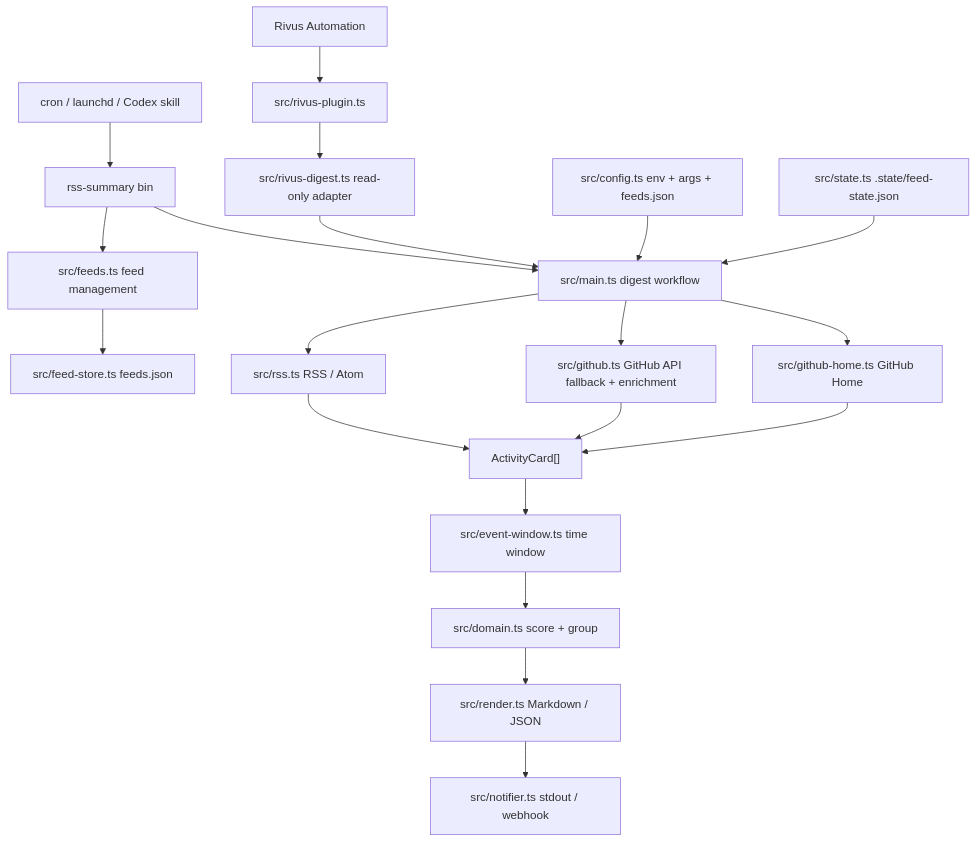
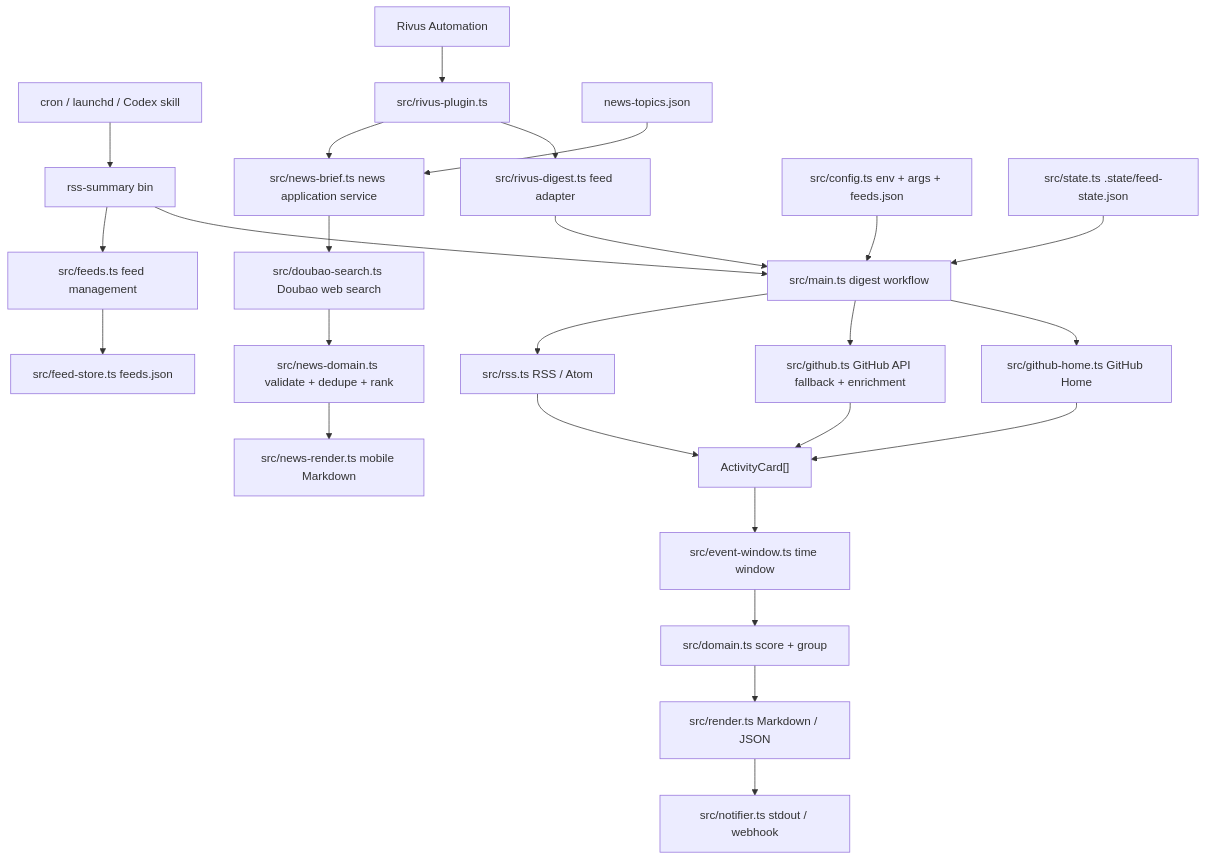
Before and after one commit to PerfectPan/rss-summary: the diagram in docs/architecture.md, drawn with Mermaid. The commit also changed other lines of this file and 23 other files, not shown here.

First line of the commit message:
feat: add scheduled Doubao news briefs

````diff
--- a/docs/architecture.md
+++ b/docs/architecture.md
@@ -9,26 +9,32 @@
 ```mermaid
 flowchart TD
   Trigger["cron / launchd / Codex skill"] --> CLI["rss-summary bin"]
   RivusSchedule["Rivus Automation"] --> Plugin["src/rivus-plugin.ts"]
-  Plugin --> Adapter["src/rivus-digest.ts read-only adapter"]
-  Adapter --> Digest
+  Plugin --> FeedAdapter["src/rivus-digest.ts feed adapter"]
+  Plugin --> NewsBrief["src/news-brief.ts news application service"]
+  FeedAdapter --> Digest
   CLI --> Digest["src/main.ts digest workflow"]
   CLI --> FeedsCommand["src/feeds.ts feed management"]
 
   Config["src/config.ts env + args + feeds.json"] --> Digest
   Digest --> GitHubHome["src/github-home.ts GitHub Home"]
   Digest --> GitHub["src/github.ts GitHub API fallback + enrichment"]
   Digest --> RSS["src/rss.ts RSS / Atom"]
 
   GitHubHome --> Cards["ActivityCard[]"]
   GitHub --> Cards
   RSS --> Cards
   Cards --> Window["src/event-window.ts time window"]
   Window --> Domain["src/domain.ts score + group"]
 
   State["src/state.ts .state/feed-state.json"] --> Digest
   Domain --> Render["src/render.ts Markdown / JSON"]
   Render --> Notify["src/notifier.ts stdout / webhook"]
 
+  Topics["news-topics.json"] --> NewsBrief
+  NewsBrief --> Doubao["src/doubao-search.ts Doubao web search"]
+  Doubao --> NewsDomain["src/news-domain.ts validate + dedupe + rank"]
+  NewsDomain --> NewsRender["src/news-render.ts mobile Markdown"]
+
   FeedsCommand --> FeedStore["src/feed-store.ts feeds.json"]
 ```
````
